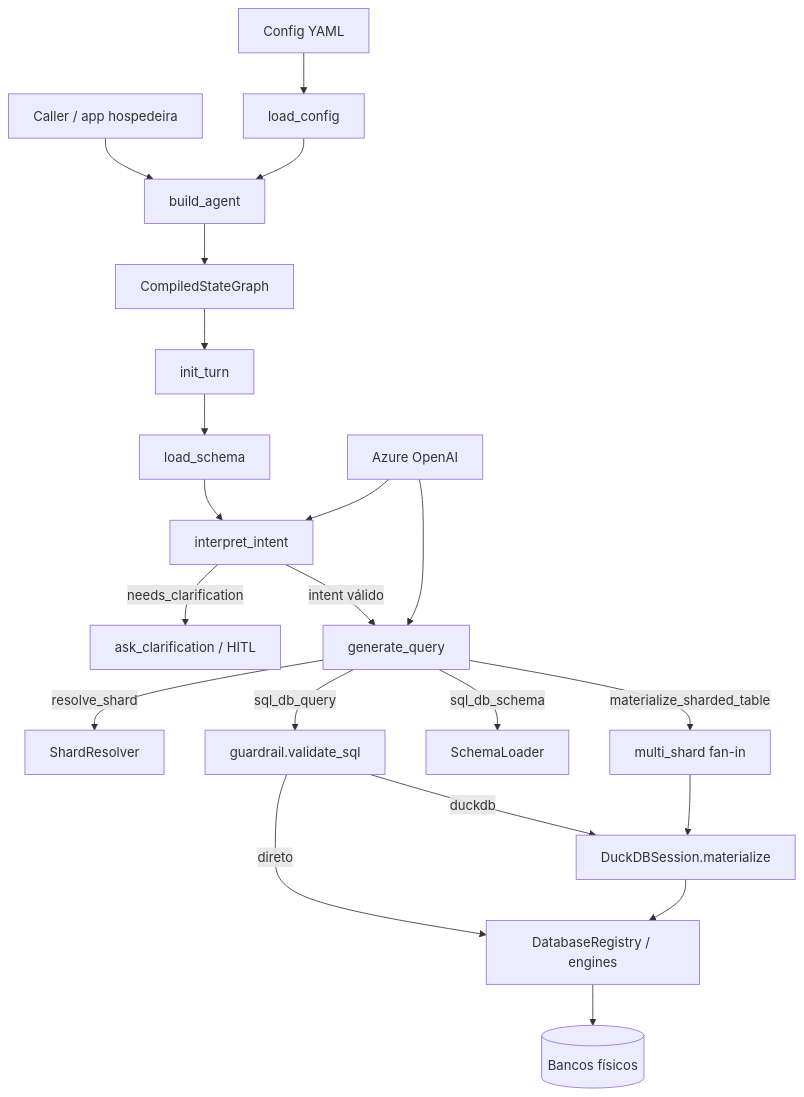
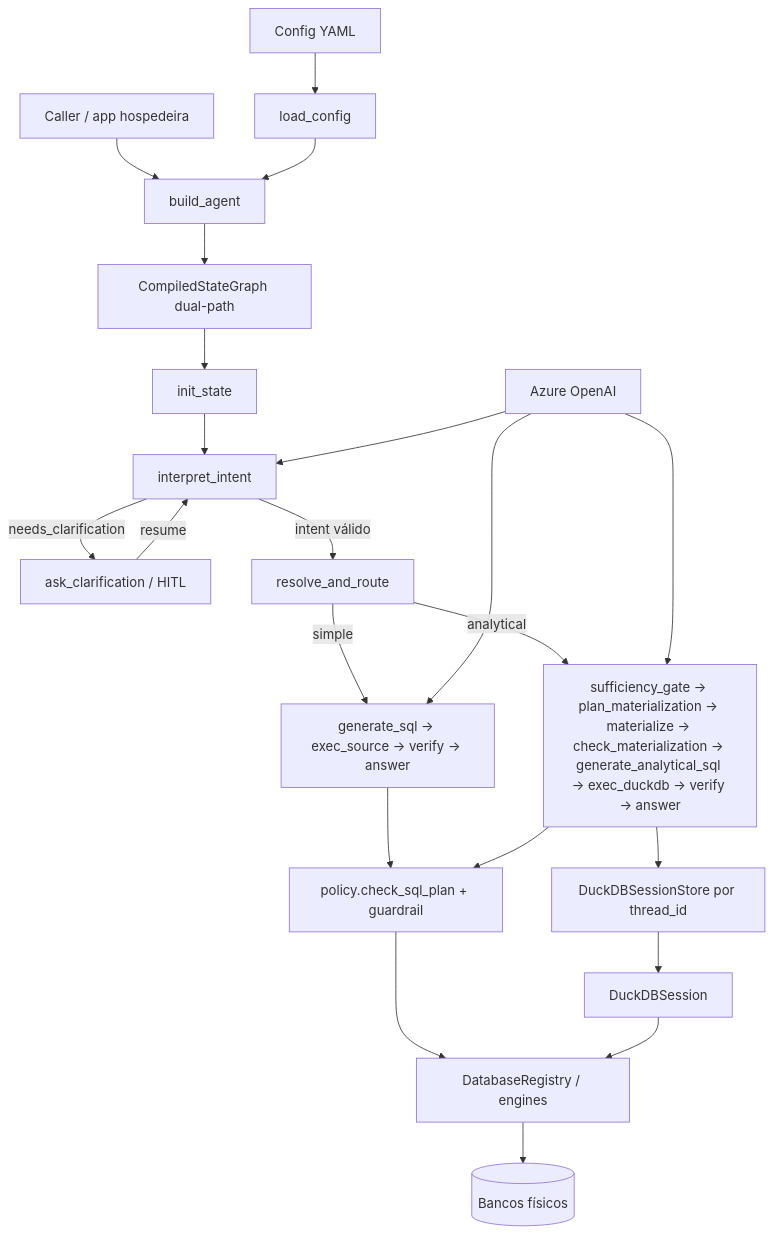
One commit to felipph/text2sql-agent changed the diagram in docs/arquitetura.md. Above: the diagram before and after it, drawn with Mermaid. The commit also changed other lines of this file and 16 other files, not shown here.

````diff
--- a/docs/arquitetura.md
+++ b/docs/arquitetura.md
@@ -9,25 +9,26 @@
 ```mermaid
 flowchart TB
   Caller[Caller / app hospedeira] --> BA[build_agent]
   YAML[Config YAML] --> LC[load_config]
   LC --> BA
-  BA --> Graph[CompiledStateGraph]
+  BA --> Graph[CompiledStateGraph dual-path]
 
-  Graph --> IT[init_turn]
-  IT --> LS[load_schema]
-  LS --> II[interpret_intent]
+  Graph --> IS[init_state]
+  IS --> II[interpret_intent]
   II -->|needs_clarification| AC[ask_clarification / HITL]
-  II -->|intent válido| GQ[generate_query]
-  GQ -->|resolve_shard| SR[ShardResolver]
-  GQ -->|materialize_sharded_table| MS[multi_shard fan-in]
-  GQ -->|sql_db_schema| SL[SchemaLoader]
-  GQ -->|sql_db_query| GR[guardrail.validate_sql]
-  GR -->|direto| REG[DatabaseRegistry / engines]
-  GR -->|duckdb| DD[DuckDBSession.materialize]
-  MS --> DD
+  AC -->|resume| II
+  II -->|intent válido| RR[resolve_and_route]
+  RR -->|simple| SP[generate_sql → exec_source → verify → answer]
+  RR -->|analytical| AP[sufficiency_gate → plan_materialization → materialize → check_materialization → generate_analytical_sql → exec_duckdb → verify → answer]
+  SP --> PG[policy.check_sql_plan + guardrail]
+  AP --> PG
+  PG --> REG[DatabaseRegistry / engines]
+  AP --> DS[DuckDBSessionStore por thread_id]
+  DS --> DD[DuckDBSession]
   DD --> REG
 
   LLM[Azure OpenAI] --> II
-  LLM --> GQ
+  LLM --> SP
+  LLM --> AP
   REG --> DB[(Bancos físicos)]
 ```
````
